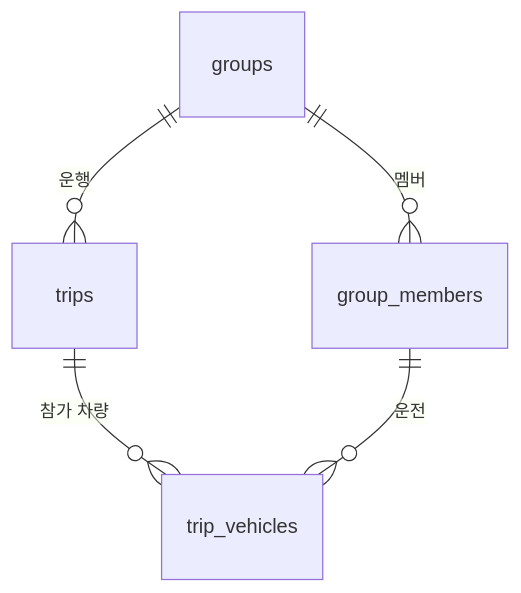
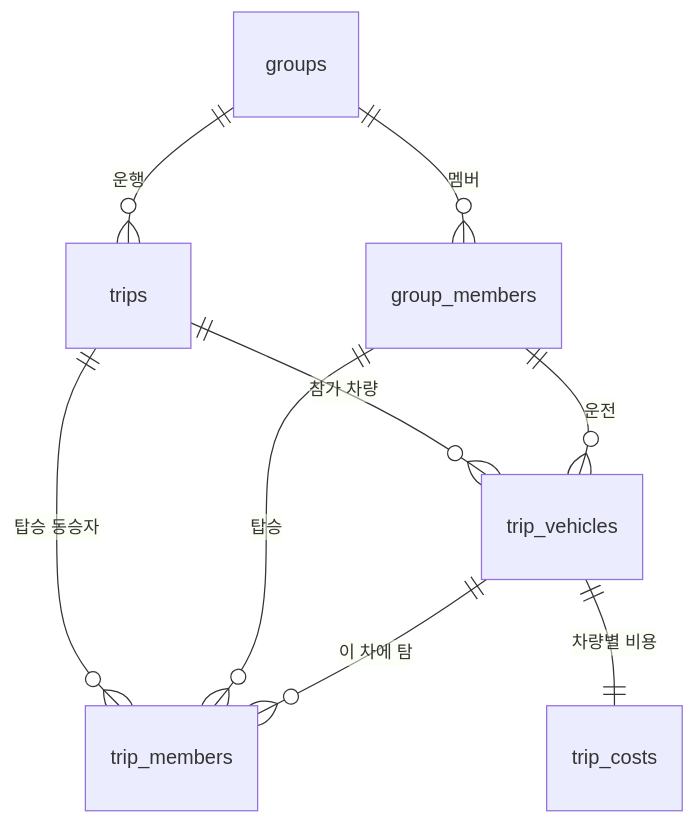
Before and after one commit to Nanugil/nanugil-android: the second of 2 diagrams in docs/group-trip-api.md, drawn with Mermaid. The commit also changed other lines of this file, not shown here.

````diff
--- a/docs/group-trip-api.md
+++ b/docs/group-trip-api.md
@@ -136,7 +138,11 @@
 ```mermaid
 erDiagram
     groups ||--o{ group_members : "멤버"
     groups ||--o{ trips : "운행"
     trips ||--o{ trip_vehicles : "참가 차량"
+    trips ||--o{ trip_members : "탑승 동승자"
     group_members ||--o{ trip_vehicles : "운전"
+    group_members ||--o{ trip_members : "탑승"
+    trip_vehicles ||--o{ trip_members : "이 차에 탐"
+    trip_vehicles ||--|| trip_costs : "차량별 비용"
 ```
````
